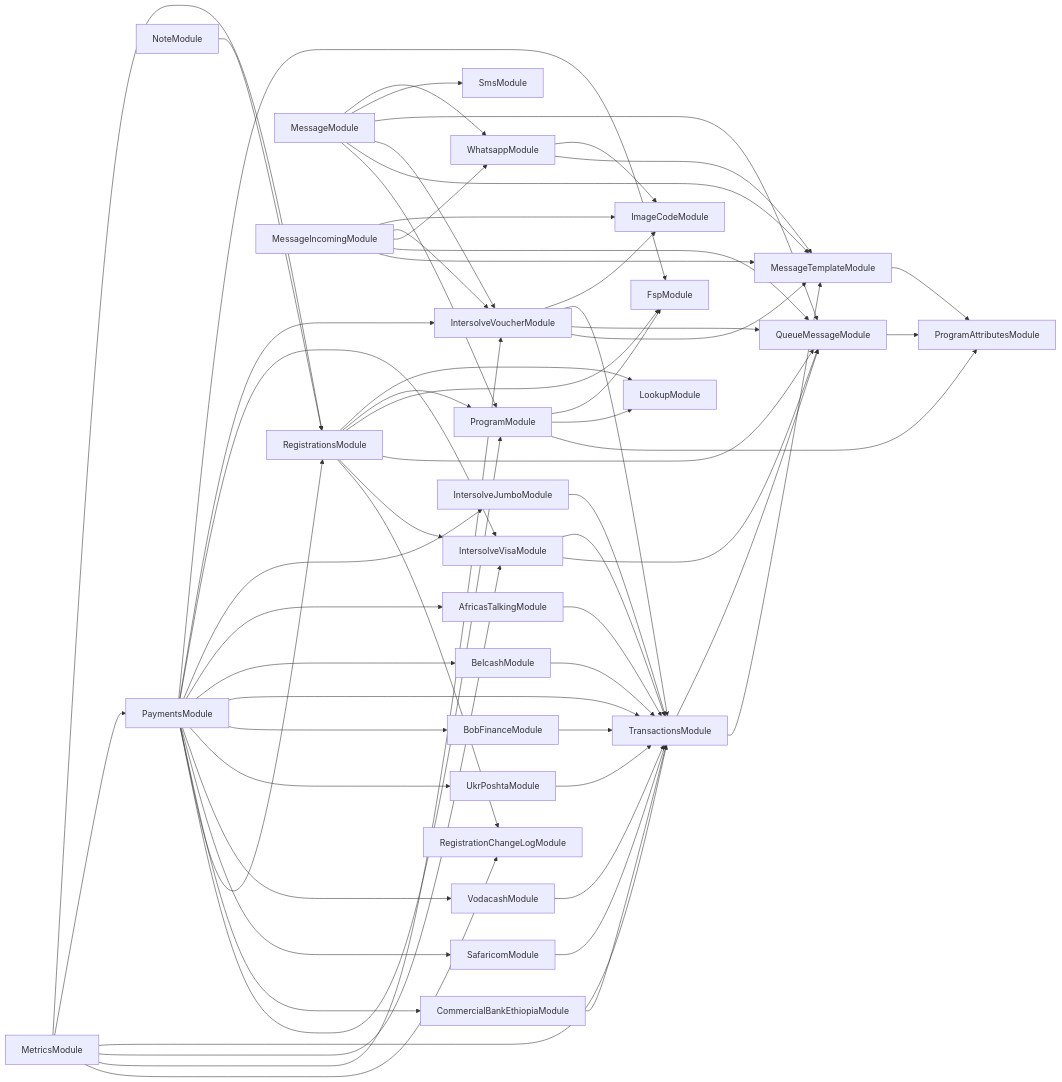
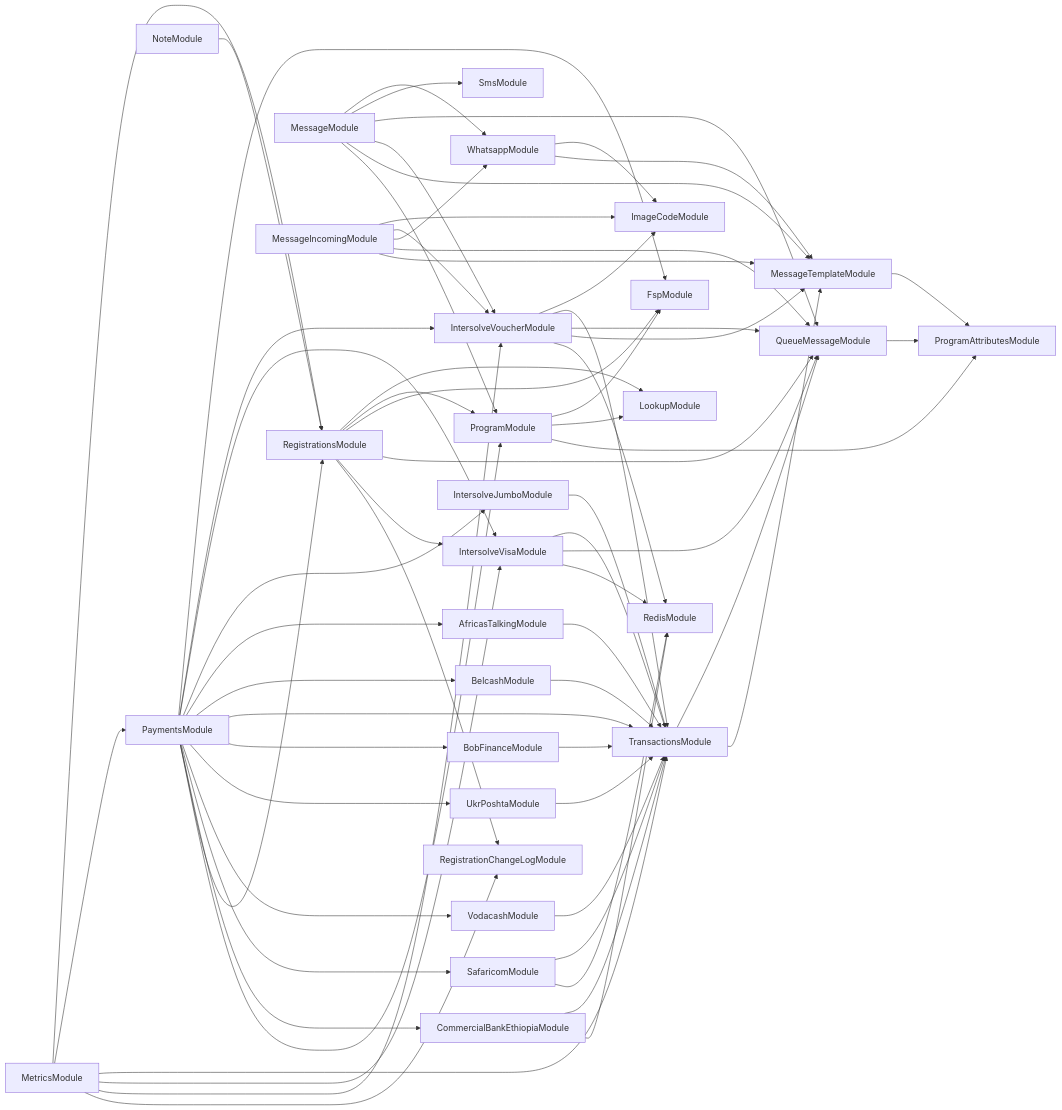
Before and after one commit to global-121/121-platform: the diagram in services/121-service/module-dependencies.md, drawn with Mermaid. The commit also changed 20 other files, not shown here.

````diff
--- a/services/121-service/module-dependencies.md
+++ b/services/121-service/module-dependencies.md
@@ -3,64 +3,68 @@
 ```mermaid
 graph LR
   ProgramModule-->FspModule
   ProgramModule-->LookupModule
   ProgramModule-->ProgramAttributesModule
   MessageTemplateModule-->ProgramAttributesModule
   RegistrationsModule-->LookupModule
   RegistrationsModule-->ProgramModule
   RegistrationsModule-->FspModule
   RegistrationsModule-->QueueMessageModule
   QueueMessageModule-->ProgramAttributesModule
   RegistrationsModule-->IntersolveVisaModule
   IntersolveVisaModule-->TransactionsModule
   TransactionsModule-->QueueMessageModule
   TransactionsModule-->MessageTemplateModule
   IntersolveVisaModule-->QueueMessageModule
+  IntersolveVisaModule-->RedisModule
   RegistrationsModule-->RegistrationChangeLogModule
   MessageModule-->WhatsappModule
   WhatsappModule-->ImageCodeModule
   WhatsappModule-->MessageTemplateModule
   MessageModule-->SmsModule
   MessageModule-->QueueMessageModule
   MessageModule-->IntersolveVoucherModule
   IntersolveVoucherModule-->ImageCodeModule
   IntersolveVoucherModule-->TransactionsModule
   IntersolveVoucherModule-->QueueMessageModule
   IntersolveVoucherModule-->MessageTemplateModule
+  IntersolveVoucherModule-->RedisModule
   MessageModule-->MessageTemplateModule
   MessageModule-->ProgramModule
   MetricsModule-->RegistrationsModule
   MetricsModule-->PaymentsModule
   PaymentsModule-->FspModule
   PaymentsModule-->IntersolveVoucherModule
   PaymentsModule-->IntersolveVisaModule
   PaymentsModule-->IntersolveJumboModule
   IntersolveJumboModule-->TransactionsModule
   PaymentsModule-->AfricasTalkingModule
   AfricasTalkingModule-->TransactionsModule
   PaymentsModule-->BelcashModule
   BelcashModule-->TransactionsModule
   PaymentsModule-->TransactionsModule
   PaymentsModule-->BobFinanceModule
   BobFinanceModule-->TransactionsModule
   PaymentsModule-->UkrPoshtaModule
   UkrPoshtaModule-->TransactionsModule
   PaymentsModule-->VodacashModule
   VodacashModule-->TransactionsModule
   PaymentsModule-->SafaricomModule
   SafaricomModule-->TransactionsModule
+  SafaricomModule-->RedisModule
   PaymentsModule-->CommercialBankEthiopiaModule
   CommercialBankEthiopiaModule-->TransactionsModule
+  CommercialBankEthiopiaModule-->RedisModule
   PaymentsModule-->RegistrationsModule
   PaymentsModule-->ProgramModule
   MetricsModule-->TransactionsModule
   MetricsModule-->IntersolveVisaModule
   MetricsModule-->IntersolveVoucherModule
   MetricsModule-->RegistrationChangeLogModule
   MessageIncomingModule-->ImageCodeModule
   MessageIncomingModule-->IntersolveVoucherModule
   MessageIncomingModule-->WhatsappModule
   MessageIncomingModule-->QueueMessageModule
   MessageIncomingModule-->MessageTemplateModule
   NoteModule-->RegistrationsModule
 ```
````
